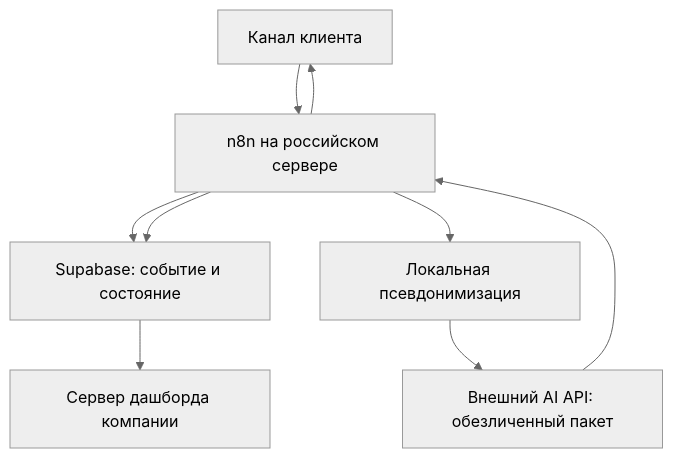
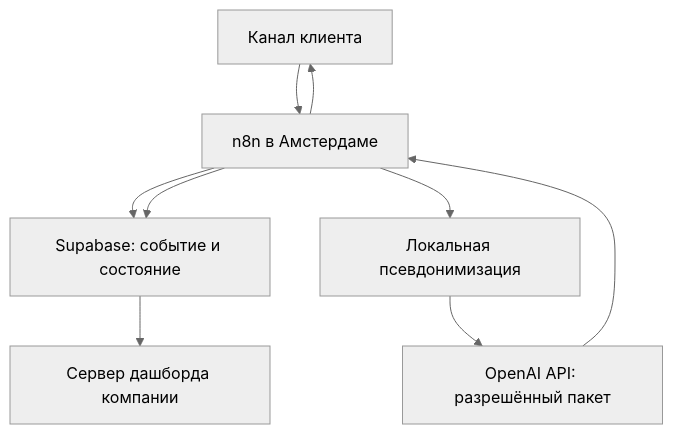
The diagram in docs/INFRASTRUCTURE_RU_SERVER.md (qbitstudioai-ai/Shablon_bot_pervichnogo_obrascheniya), drawn with Mermaid (neutral theme) before and after one commit. The commit also changed other lines of this file and 5 other files, not shown here.

```diff
--- a/docs/INFRASTRUCTURE_RU_SERVER.md
+++ b/docs/INFRASTRUCTURE_RU_SERVER.md
@@ -48,11 +40,11 @@
 ~~~mermaid
 flowchart TD
-    A["Канал клиента"] --> B["n8n на российском сервере"]
+    A["Канал клиента"] --> B["n8n в Амстердаме"]
     B --> C["Supabase: событие и состояние"]
     B --> D["Локальная псевдонимизация"]
-    D --> E["Внешний AI API: обезличенный пакет"]
+    D --> E["OpenAI API: разрешённый пакет"]
     E --> B
     B --> C
     B --> A
     C --> F["Сервер дашборда компании"]
 ~~~
```
